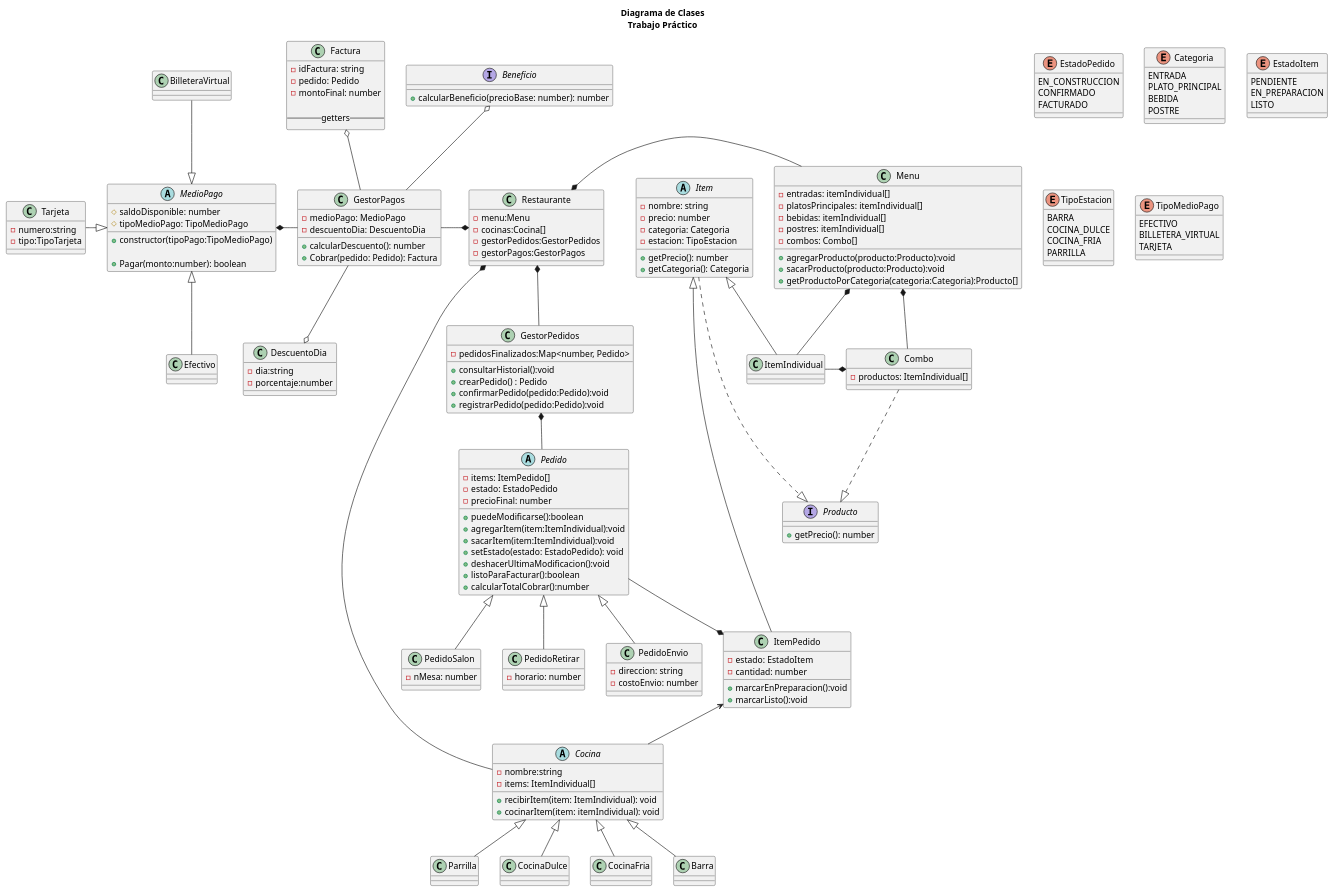
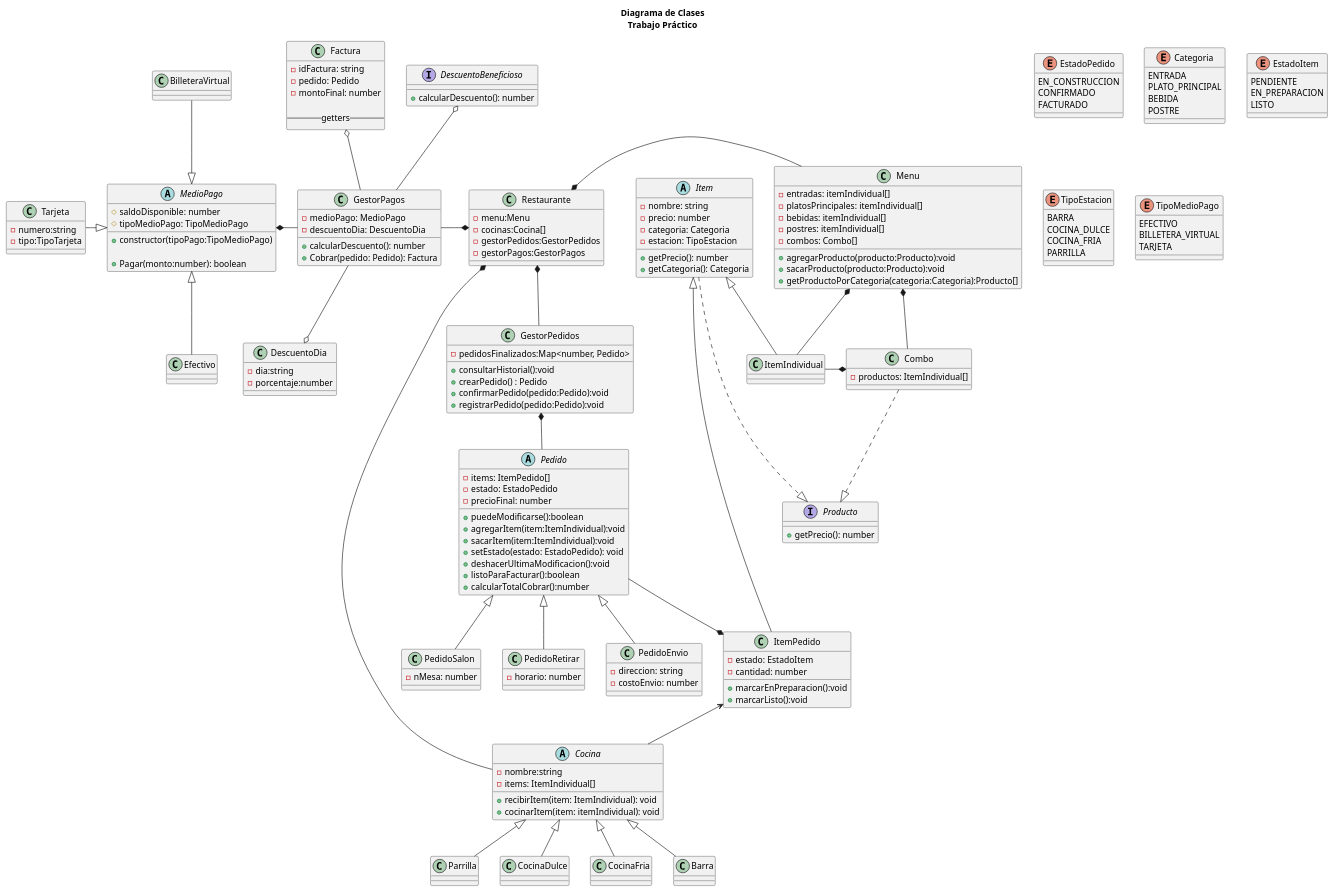
One commit to crstian8819/tp-grupo-11 changed the diagram in diagrama/diagrama.puml. Above: the diagram before and after it, drawn with PlantUML. The commit also changed 4 other files, not shown here.

Commit message:
Gestor de Pagos adaptado

```diff
--- a/diagrama/diagrama.puml
+++ b/diagrama/diagrama.puml
@@ -131,10 +131,10 @@
     class CocinaFria{}
     class Barra{}
 
-    '------------------ BENEFICIO -----------------
+    '------------------ DESCUENTO -----------------
 
-    interface Beneficio {
-        +calcularBeneficio(precioBase: number): number
+    interface DescuentoBeneficioso {
+        +calcularDescuento(): number
     }
     '------------------ GESTOR_PAGOS -------------------------
 
@@ -227,7 +227,7 @@
     GestorPagos -l-* MedioPago
     GestorPagos --o DescuentoDia
     GestorPagos -u-o Factura
-    GestorPagos -u-o Beneficio
+    GestorPagos -u-o DescuentoBeneficioso
 
 'MEDIOS DE PAGO
 
```
